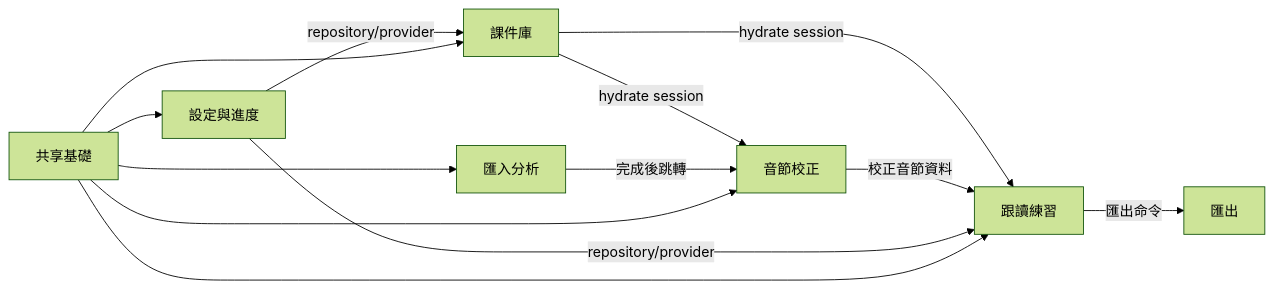
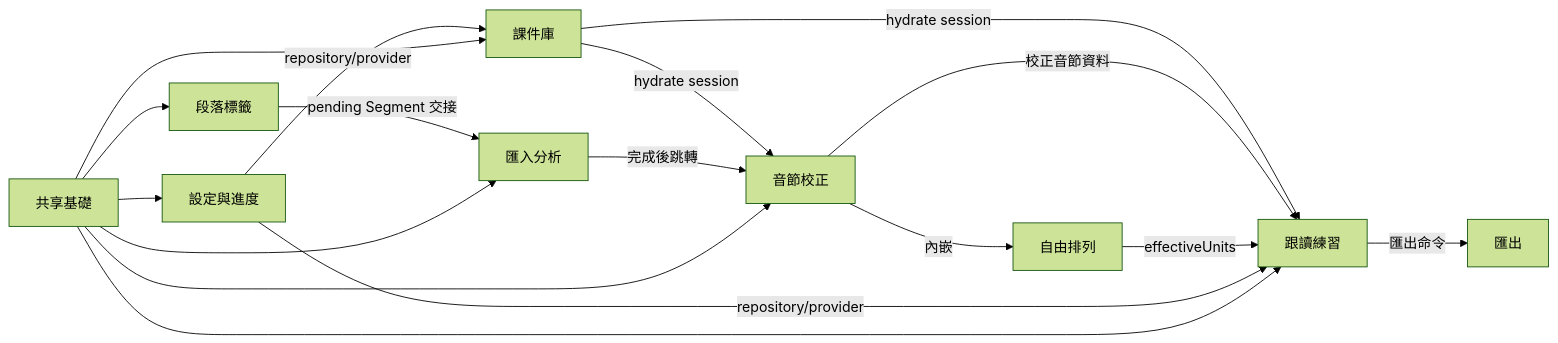
One commit to karenli628/syllable-repeater changed the fourth of 4 diagrams in spec-syllable-repeater/knowledge/code/syllable-repeater/frontend-project.md. Above: the diagram before and after it, drawn with Mermaid (forest theme). The commit also changed other lines of this file and 10 other files, not shown here.

````diff
--- a/spec-syllable-repeater/knowledge/code/syllable-repeater/frontend-project.md
+++ b/spec-syllable-repeater/knowledge/code/syllable-repeater/frontend-project.md
@@ -101,15 +110,19 @@
 ```mermaid
 graph LR
+    Labeling[段落標籤] -->|pending Segment 交接| Import[匯入分析]
     Library[課件庫] -->|hydrate session| Editor[音節校正]
     Library -->|hydrate session| Practice[跟讀練習]
-    Import[匯入分析] -->|完成後跳轉| Editor
+    Import -->|完成後跳轉| Editor
     Editor -->|校正音節資料| Practice
+    Editor -->|內嵌| Arrangement[自由排列]
+    Arrangement -->|effectiveUnits| Practice
     Practice -->|匯出命令| Export[匯出]
     Progress[設定與進度] -->|repository/provider| Library
     Progress -->|repository/provider| Practice
-    Shared[共享基礎] --> Library
+    Shared[共享基礎] --> Labeling
+    Shared --> Library
     Shared --> Import
     Shared --> Editor
     Shared --> Practice
     Shared --> Progress
 ```
````
